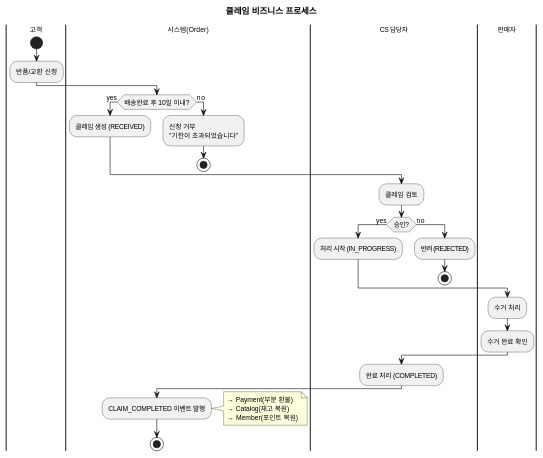
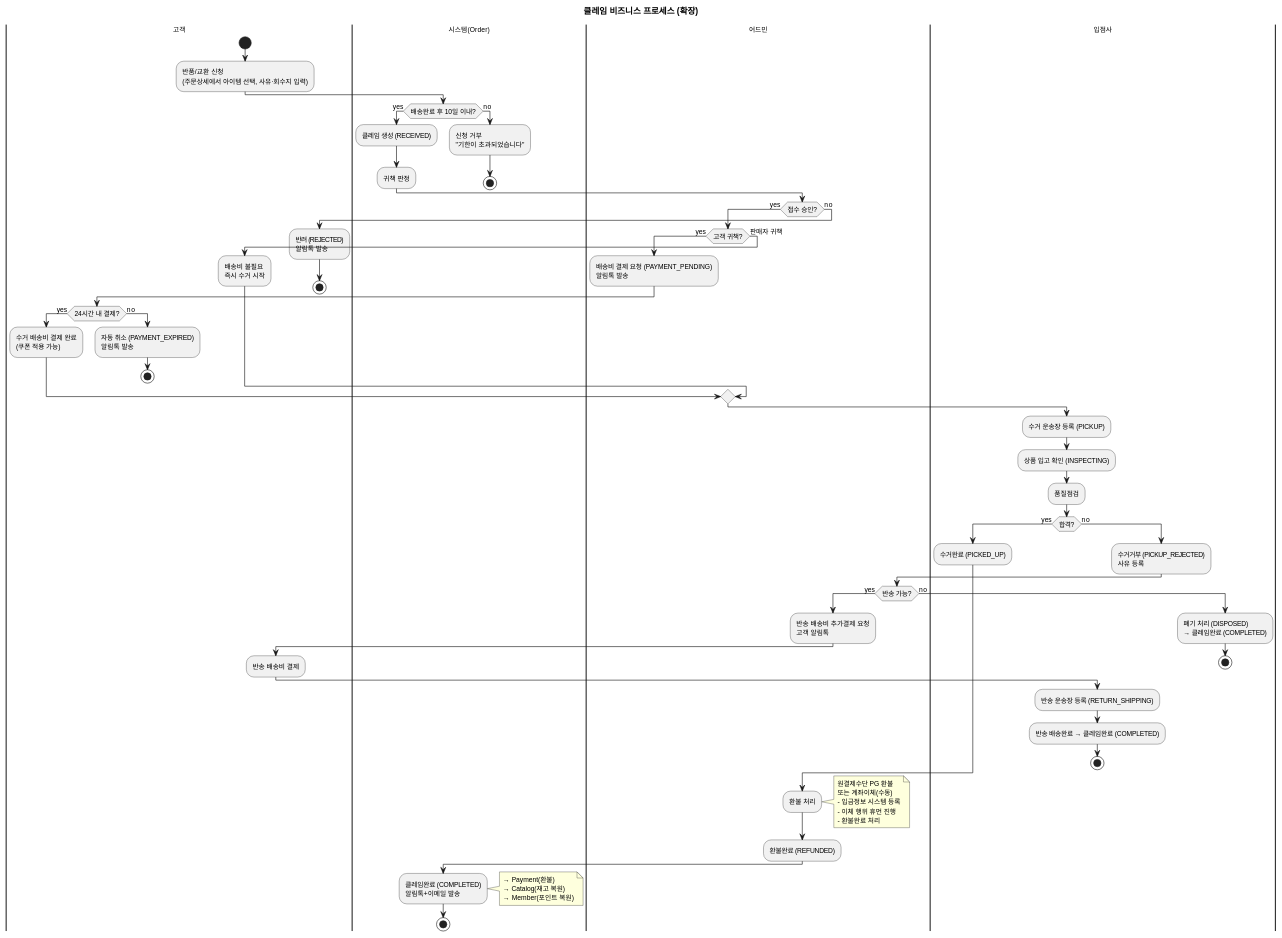
Before and after one commit to parknahyun/runNShop: the fourth of 4 diagrams in docs/자산화-단계별/S2-구조설계/11-비즈니스프로세스(Order).md, drawn with PlantUML. The commit also changed other lines of this file and 31 other files, not shown here.

Commit message:
docs: 주문결제 도메인 S2-S3 산출물 작성 및 현행화 - S3 상세설계 산출물 전체 작성 (13-GWT ~ 17-화면레이아웃) - S2 구조설계 현행화 (상태머신12상태, ERD확장, EARS추가, 이벤트플로우15개, BP재작성) - 모바일 마이페이지/주문조회/클레임 목록·상세 화면 구현 - API mock JSON 및 Kotlin Controller 추가 - 정합성 검토 20건 해소, 시퀀스 15개로 확장

````diff
--- a/docs/자산화-단계별/S2-구조설계/11-비즈니스프로세스(Order).md
+++ b/docs/자산화-단계별/S2-구조설계/11-비즈니스프로세스(Order).md
@@ -153,41 +156,81 @@
 ```plantuml
 @startuml
 skinparam backgroundColor transparent
 skinparam defaultFontSize 11
-title 클레임 비즈니스 프로세스
+title 클레임 비즈니스 프로세스 (확장)
 
 |고객|
 start
-:반품/교환 신청;
+:반품/교환 신청\n(주문상세에서 아이템 선택, 사유·회수지 입력);
 
 |시스템(Order)|
 if (배송완료 후 10일 이내?) then (yes)
   :클레임 생성 (RECEIVED);
+  :귀책 판정;
 else (no)
   :신청 거부\n"기한이 초과되었습니다";
   stop
 endif
 
-|CS 담당자|
-:클레임 검토;
-if (승인?) then (yes)
-  :처리 시작 (IN_PROGRESS);
+|어드민|
+if (접수 승인?) then (yes)
+  if (고객 귀책?) then (yes)
+    :배송비 결제 요청 (PAYMENT_PENDING)\n알림톡 발송;
+    |고객|
+    if (24시간 내 결제?) then (yes)
+      :수거 배송비 결제 완료\n(쿠폰 적용 가능);
+    else (no)
+      :자동 취소 (PAYMENT_EXPIRED)\n알림톡 발송;
+      stop
+    endif
+  else (판매자 귀책)
+    :배송비 불필요\n즉시 수거 시작;
+  endif
 else (no)
-  :반려 (REJECTED);
+  :반려 (REJECTED)\n알림톡 발송;
   stop
 endif
 
-|판매자|
-:수거 처리;
-:수거 완료 확인;
+|입점사|
+:수거 운송장 등록 (PICKUP);
+:상품 입고 확인 (INSPECTING);
+:품질점검;
 
-|CS 담당자|
-:완료 처리 (COMPLETED);
+if (합격?) then (yes)
+  :수거완료 (PICKED_UP);
+else (no)
+  :수거거부 (PICKUP_REJECTED)\n사유 등록;
+
+  |어드민|
+  if (반송 가능?) then (yes)
+    :반송 배송비 추가결제 요청\n고객 알림톡;
+    |고객|
+    :반송 배송비 결제;
+    |입점사|
+    :반송 운송장 등록 (RETURN_SHIPPING);
+    :반송 배송완료 → 클레임완료 (COMPLETED);
+    stop
+  else (no)
+    :폐기 처리 (DISPOSED)\n→ 클레임완료 (COMPLETED);
+    stop
+  endif
+endif
+
+|어드민|
+:환불 처리;
+note right
+  원결제수단 PG 환불
+  또는 계좌이체(수동)
+  - 입금정보 시스템 등록
+  - 이체 행위 휴먼 진행
+  - 환불완료 처리
+end note
+:환불완료 (REFUNDED);
 
 |시스템(Order)|
-:CLAIM_COMPLETED 이벤트 발행;
-note right: → Payment(부분 환불)\n→ Catalog(재고 복원)\n→ Member(포인트 복원)
+:클레임완료 (COMPLETED)\n알림톡+이메일 발송;
+note right: → Payment(환불)\n→ Catalog(재고 복원)\n→ Member(포인트 복원)
 stop
 
 @enduml
 ```
````
